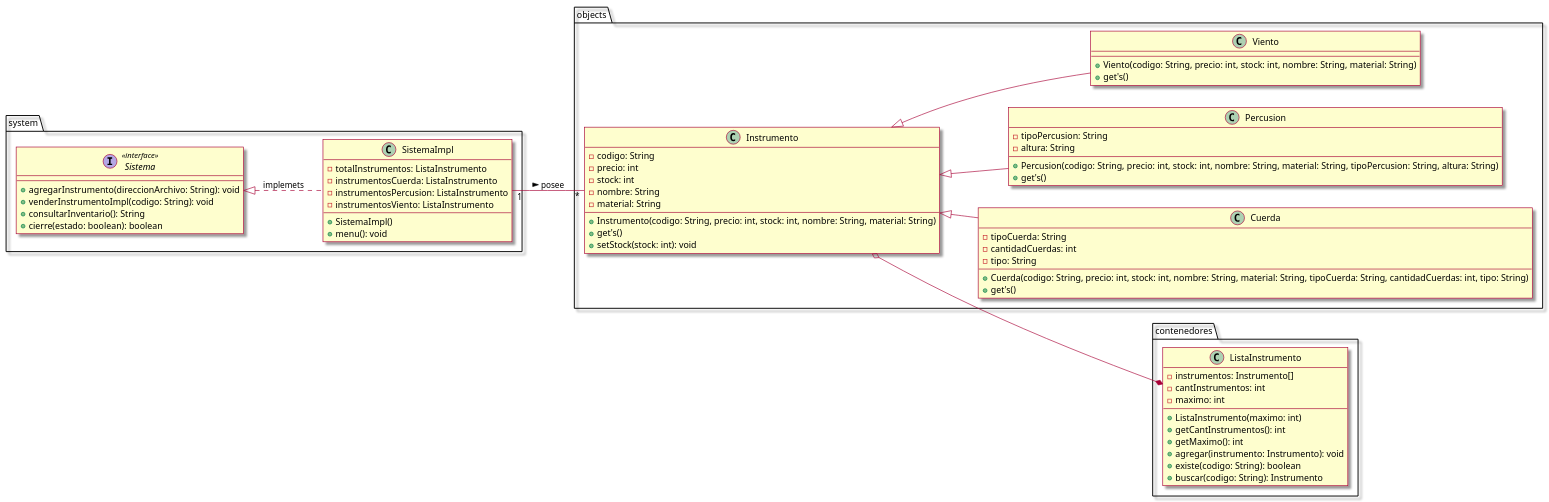
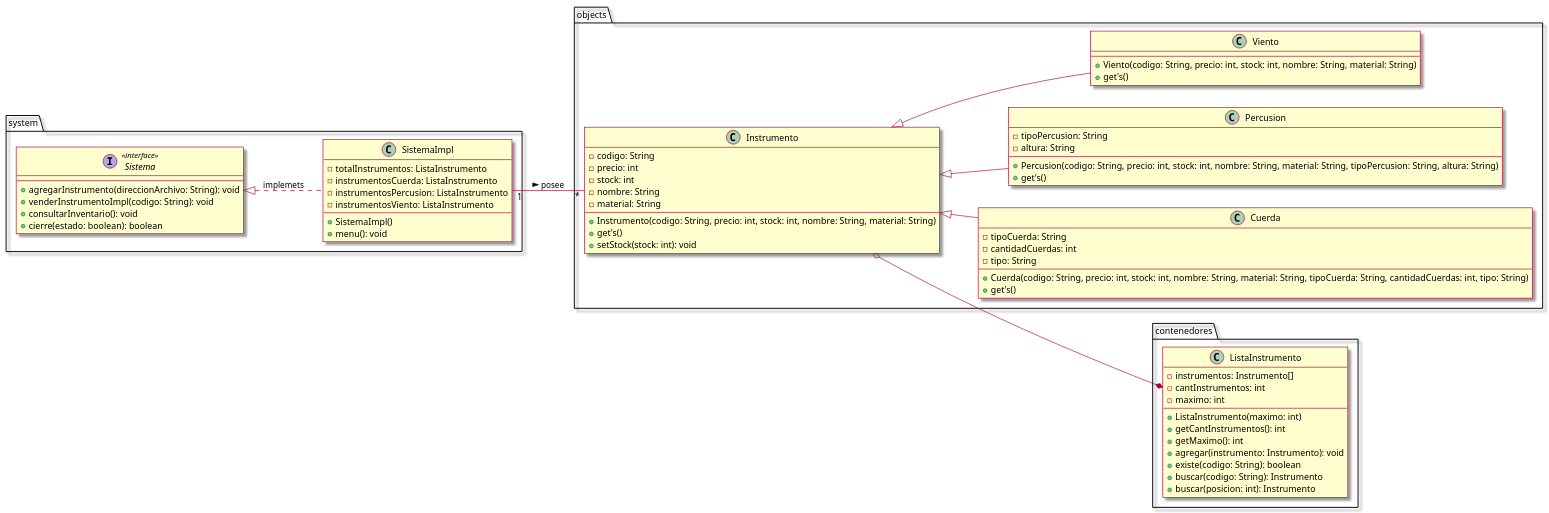
Before and after one commit to ProMDFK123/Taller3: the diagram in src/clase.puml, drawn with PlantUML. The commit also changed 4 other files, not shown here.

```diff
--- a/src/clase.puml
+++ b/src/clase.puml
@@ -1,84 +1,85 @@
 @startuml
 left to right direction
 skin rose
 
 package objects{
     Class Instrumento{
         -codigo: String
         -precio: int
         -stock: int
         -nombre: String
         -material: String
 
         +Instrumento(codigo: String, precio: int, stock: int, nombre: String, material: String)
         +get's()
         +setStock(stock: int): void
     }
 
     Class Cuerda{
         -tipoCuerda: String
         -cantidadCuerdas: int
         -tipo: String
 
         +Cuerda(codigo: String, precio: int, stock: int, nombre: String, material: String, tipoCuerda: String, cantidadCuerdas: int, tipo: String)
         +get's()
     }
 
     Class Percusion{
         -tipoPercusion: String
         -altura: String
 
         +Percusion(codigo: String, precio: int, stock: int, nombre: String, material: String, tipoPercusion: String, altura: String)
         +get's()
 
     }
 
     Class Viento{
         +Viento(codigo: String, precio: int, stock: int, nombre: String, material: String)
         +get's()
     }
 }
 
 Instrumento^--Cuerda
 Instrumento^--Percusion
 Instrumento^--Viento
 
 package contenedores{
     Class ListaInstrumento{
         -instrumentos: Instrumento[]
         -cantInstrumentos: int
         -maximo: int
 
         +ListaInstrumento(maximo: int)
         +getCantInstrumentos(): int
         +getMaximo(): int
         +agregar(instrumento: Instrumento): void
         +existe(codigo: String): boolean
         +buscar(codigo: String): Instrumento
+        +buscar(posicion: int): Instrumento
     }
 }
 
 Instrumento o--* ListaInstrumento
 
 package system{
     interface Sistema <<interface>>{
         +agregarInstrumento(direccionArchivo: String): void
         +venderInstrumentoImpl(codigo: String): void
-        +consultarInventario(): String
+        +consultarInventario(): void
         +cierre(estado: boolean): boolean
     }
 
     Class SistemaImpl{
         -totalInstrumentos: ListaInstrumento
         -instrumentosCuerda: ListaInstrumento
         -instrumentosPercusion: ListaInstrumento
         -instrumentosViento: ListaInstrumento
 
         +SistemaImpl()
         +menu(): void
     }
 }
 
 Sistema^..SistemaImpl: implemets
 SistemaImpl"1"--"*"Instrumento:  posee >
 @enduml
```
